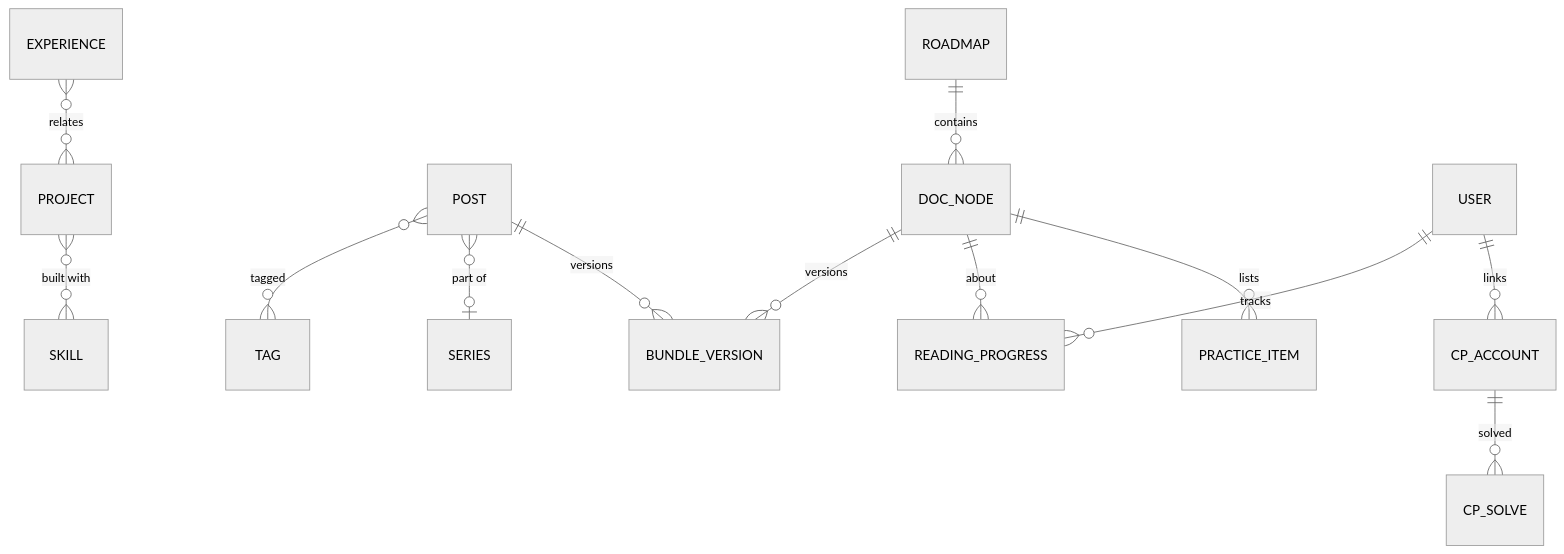
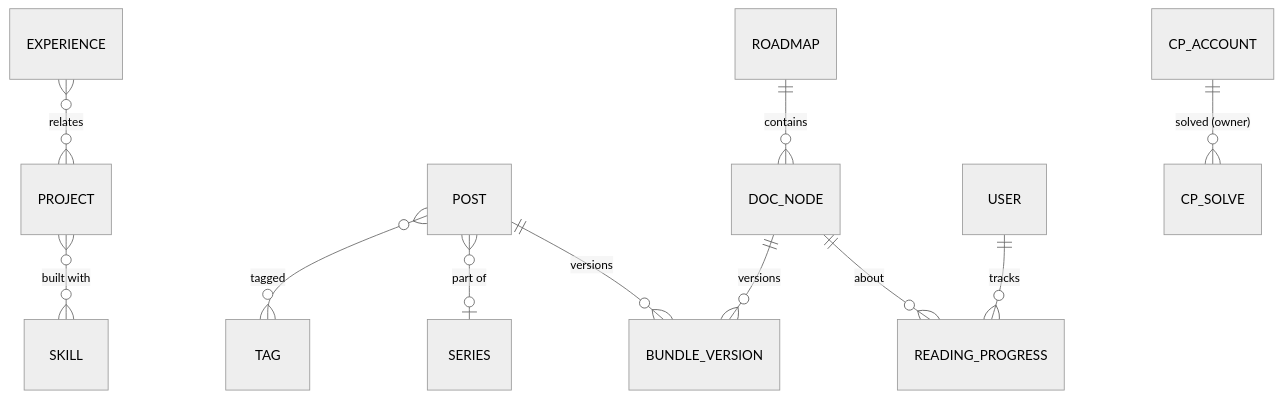
Before and after one commit to eyasir329/portfolio: the second of 2 diagrams in docs/03-information-architecture.md, drawn with Mermaid (neutral theme). The commit also changed other lines of this file and 24 other files, not shown here.

````diff
--- a/docs/03-information-architecture.md
+++ b/docs/03-information-architecture.md
@@ -171,15 +168,13 @@
 ```mermaid
 erDiagram
   PROJECT }o--o{ SKILL : "built with"
   EXPERIENCE }o--o{ PROJECT : relates
   POST }o--o{ TAG : tagged
   POST }o--o| SERIES : "part of"
   POST ||--o{ BUNDLE_VERSION : versions
   ROADMAP ||--o{ DOC_NODE : contains
   DOC_NODE ||--o{ BUNDLE_VERSION : versions
   USER ||--o{ READING_PROGRESS : tracks
   DOC_NODE ||--o{ READING_PROGRESS : about
-  USER ||--o{ CP_ACCOUNT : links
-  CP_ACCOUNT ||--o{ CP_SOLVE : solved
-  DOC_NODE ||--o{ PRACTICE_ITEM : lists
+  CP_ACCOUNT ||--o{ CP_SOLVE : "solved (owner)"
 ```
````
